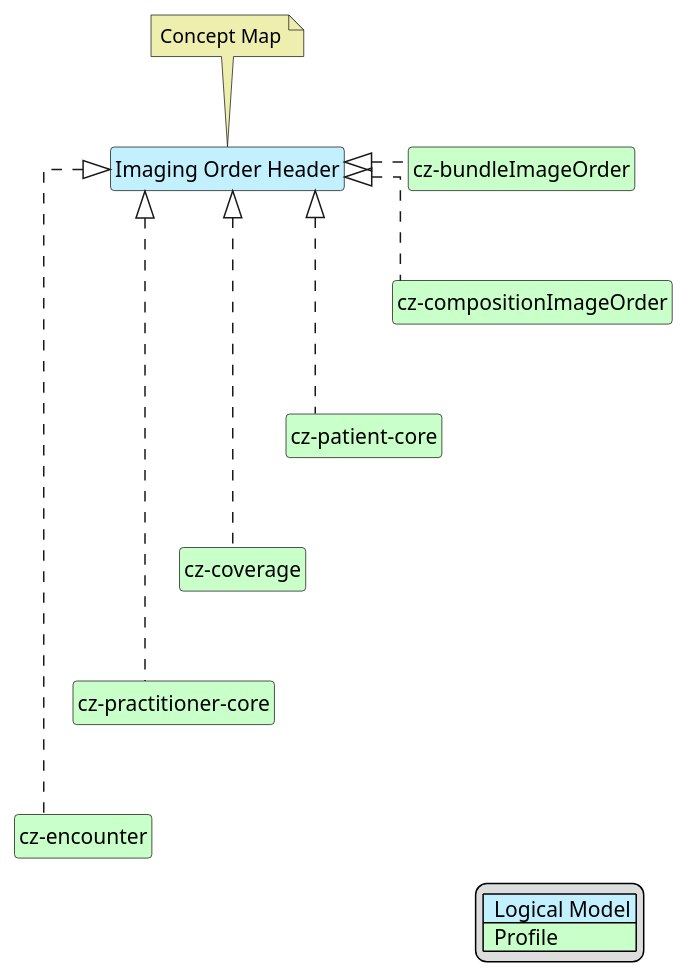
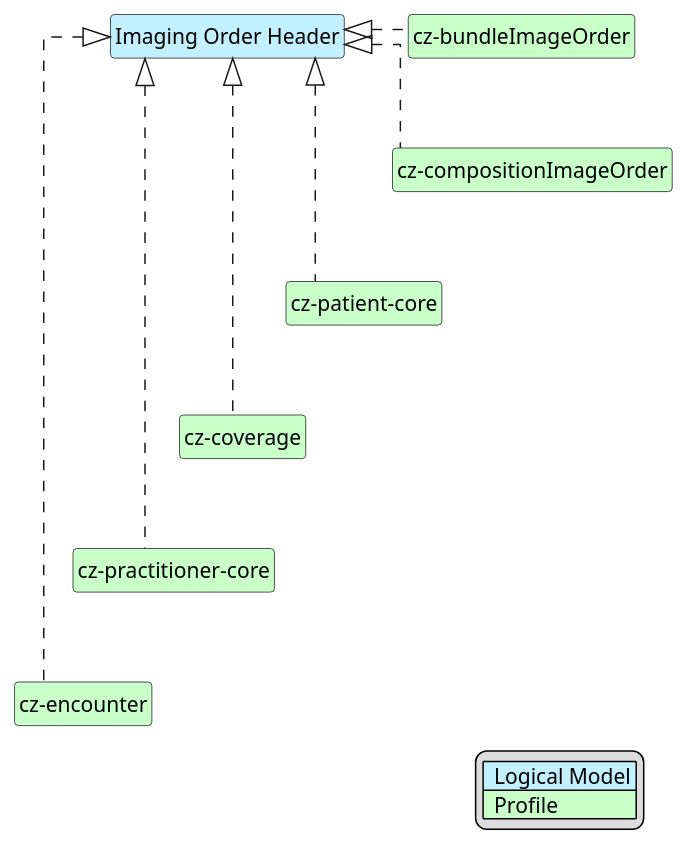
Before and after one commit to HL7-cz/img-order: the diagram in input/images-source/imgOrderHead-map.plantuml, drawn with PlantUML. The commit also changed 16 other files, not shown here.

```diff
--- a/input/images-source/imgOrderHead-map.plantuml
+++ b/input/images-source/imgOrderHead-map.plantuml
@@ -1,46 +1,44 @@
 @startuml
 hide circle
 hide stereotype
 hide members
 hide methods
 skinparam linetype ortho
 skinparam class {
 BackgroundColor<<LogicalModel>> #APPLICATION
 BackgroundColor<<Profile>> #TECHNOLOGY
 }
 legend right
 | <#APPLICATION>  Logical Model |
 | <#TECHNOLOGY>  Profile |
 endlegend
 class "Imaging Order Header" <<LogicalModel>> [[StructureDefinition-HeaderImagingOrder.html]]
-note top #EEEEAE [[ConceptMap-HeaderImagingOrder2FHIR-cz.html]]
-Concept Map
-endnote
+
 /'
 class "Additional Recipient" <<LogicalModel>> [[StructureDefinition-AdditionalRecipientCz.html]]
 class "Author" <<LogicalModel>> [[StructureDefinition-AuthorCz.html]]
 class "Information about coverage" <<LogicalModel>> [[StructureDefinition-CoverageOrderCz.html]]
 class "Document metadata" <<LogicalModel>> [[StructureDefinition-DocumentMetadataCz.html]]
 class "Health insurance and payment information" <<LogicalModel>> [[StructureDefinition-PayerCz.html]]
 class "Requested Performer" <<LogicalModel>> [[StructureDefinition-RequestedPerformerCz.html]]
 class "Identification" <<LogicalModel>> [[StructureDefinition-SubjectCz.html]]
 class "Related contact information of the Patient/subject" <<LogicalModel>> [[StructureDefinition-SubjectCz.html]]
 '/
 class "cz-encounter" <<Profile>> [[https://build.fhir.org/ig/HL7-cz/cz-core/StructureDefinition-cz-encounter.html]]
 class "cz-coverage" <<Profile>> [[https://build.fhir.org/ig/HL7-cz/cz-core/StructureDefinition-cz-coverage.html]]
-class "cz-patient-core" <<Profile>> [[https://build.fhir.org/ig/HL7-cz/cz-core/StructureDefinition-cz-patient-core.html]]
+class "cz-patient-core" <<Profile>> [[https://hl7.cz/fhir/core/0.3.0/StructureDefinition-cz-patient-core.html]]
 class "cz-practitioner-core" <<Profile>> [[https://build.fhir.org/ig/HL7-cz/cz-core/StructureDefinition-cz-practitioner-core.html]]
 class "cz-bundleImageOrder" <<Profile>> [[StructureDefinition-cz-bundleImageOrder.html]]
 class "cz-compositionImageOrder" <<Profile>> [[StructureDefinition-cz-compositionImageOrder.html]]
 "Imaging Order Header" <|. "cz-compositionImageOrder"
 "Imaging Order Header" <|. "cz-bundleImageOrder"
 "Imaging Order Header" <|. "cz-patient-core"
 "Imaging Order Header" <|. "cz-coverage"
 "Imaging Order Header" <|. "cz-practitioner-core"
 "Imaging Order Header" <|. "cz-encounter"
 "cz-bundleImageOrder" -d[hidden]-> "cz-compositionImageOrder"
 "cz-compositionImageOrder" -d[hidden]-> "cz-patient-core"
 "cz-patient-core" -d[hidden]-> "cz-coverage"
 "cz-coverage" -d[hidden]-> "cz-practitioner-core"
 "cz-practitioner-core" -d[hidden]-> "cz-encounter"
 @enduml
```
